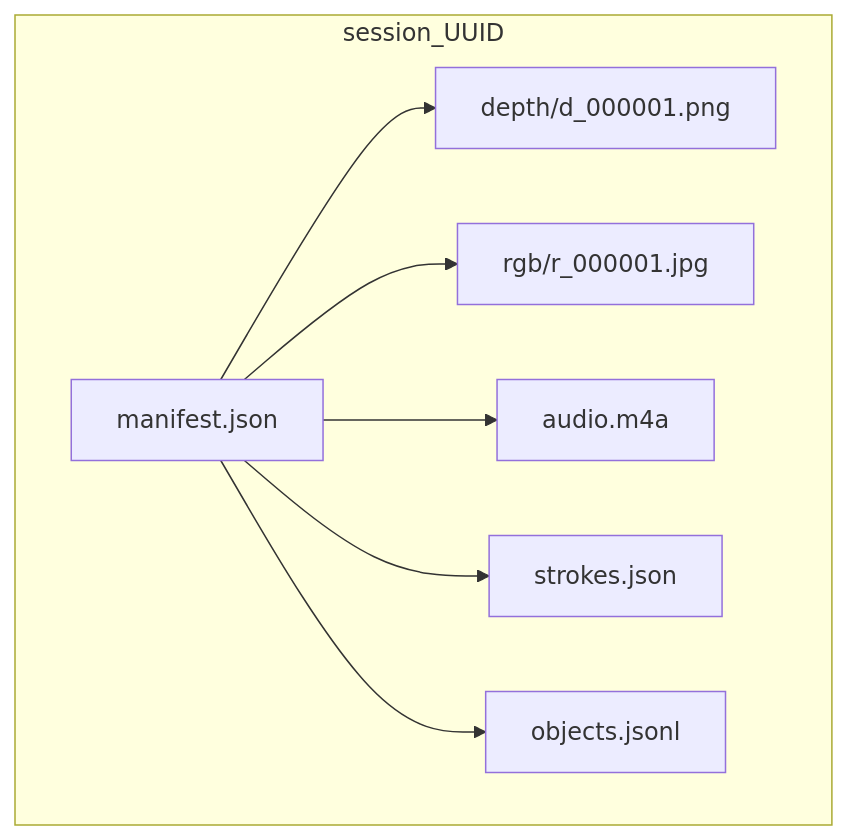
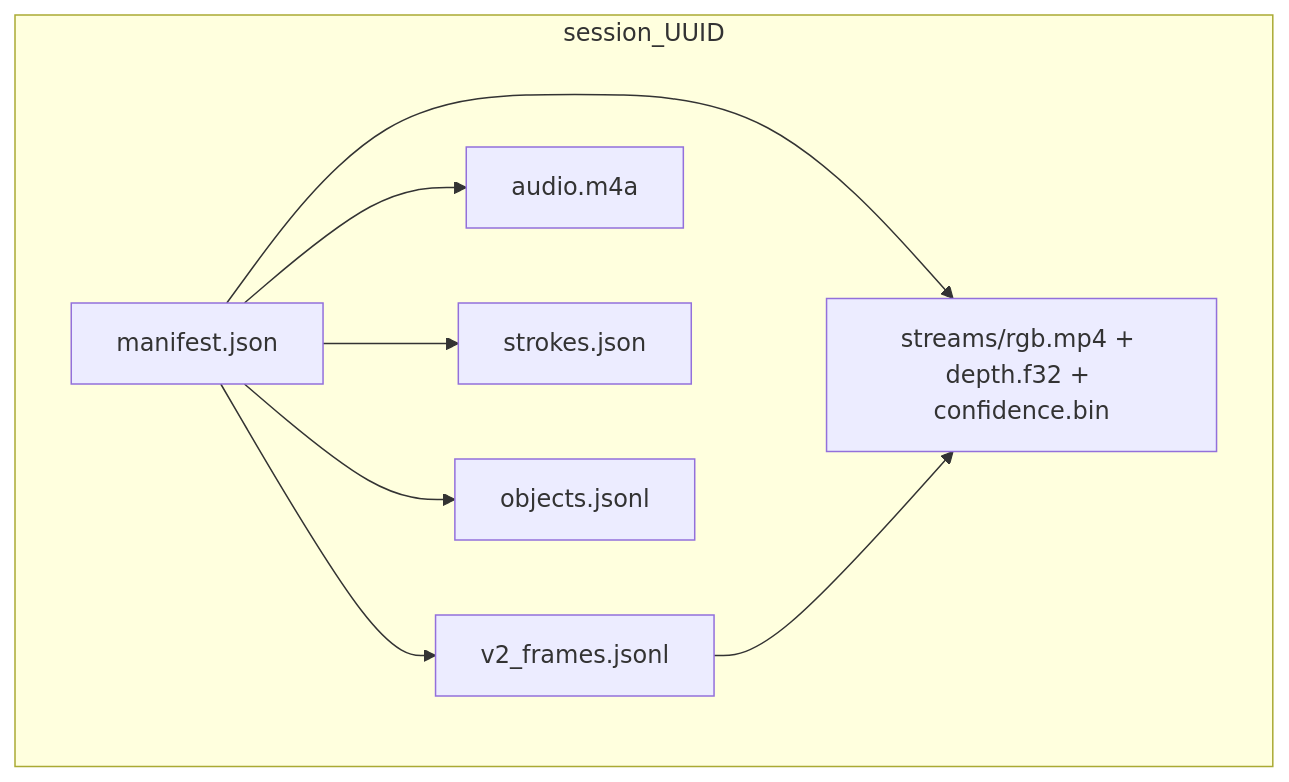
The third of 4 diagrams in README.md (VijitPugalia/SandStories), drawn with Mermaid before and after one commit. The commit also changed other lines of this file and 30 other files, not shown here.

Commit message:
feat: add v2 depth streams and IPA workflow

````diff
--- a/README.md
+++ b/README.md
@@ -114,17 +116,18 @@
 ```mermaid
 flowchart TB
   subgraph sessionFolder["session_UUID"]
     manifest["manifest.json"]
-    depthDir["depth/d_000001.png"]
-    rgbDir["rgb/r_000001.jpg"]
+    streams["streams/rgb.mp4 + depth.f32 + confidence.bin"]
+    frames["v2_frames.jsonl"]
     audioFile["audio.m4a"]
     strokesFile["strokes.json"]
     objectsFile["objects.jsonl"]
   end
 
-  manifest --> depthDir
-  manifest --> rgbDir
+  manifest --> streams
+  manifest --> frames
+  frames --> streams
   manifest --> audioFile
   manifest --> strokesFile
   manifest --> objectsFile
 ```
````
